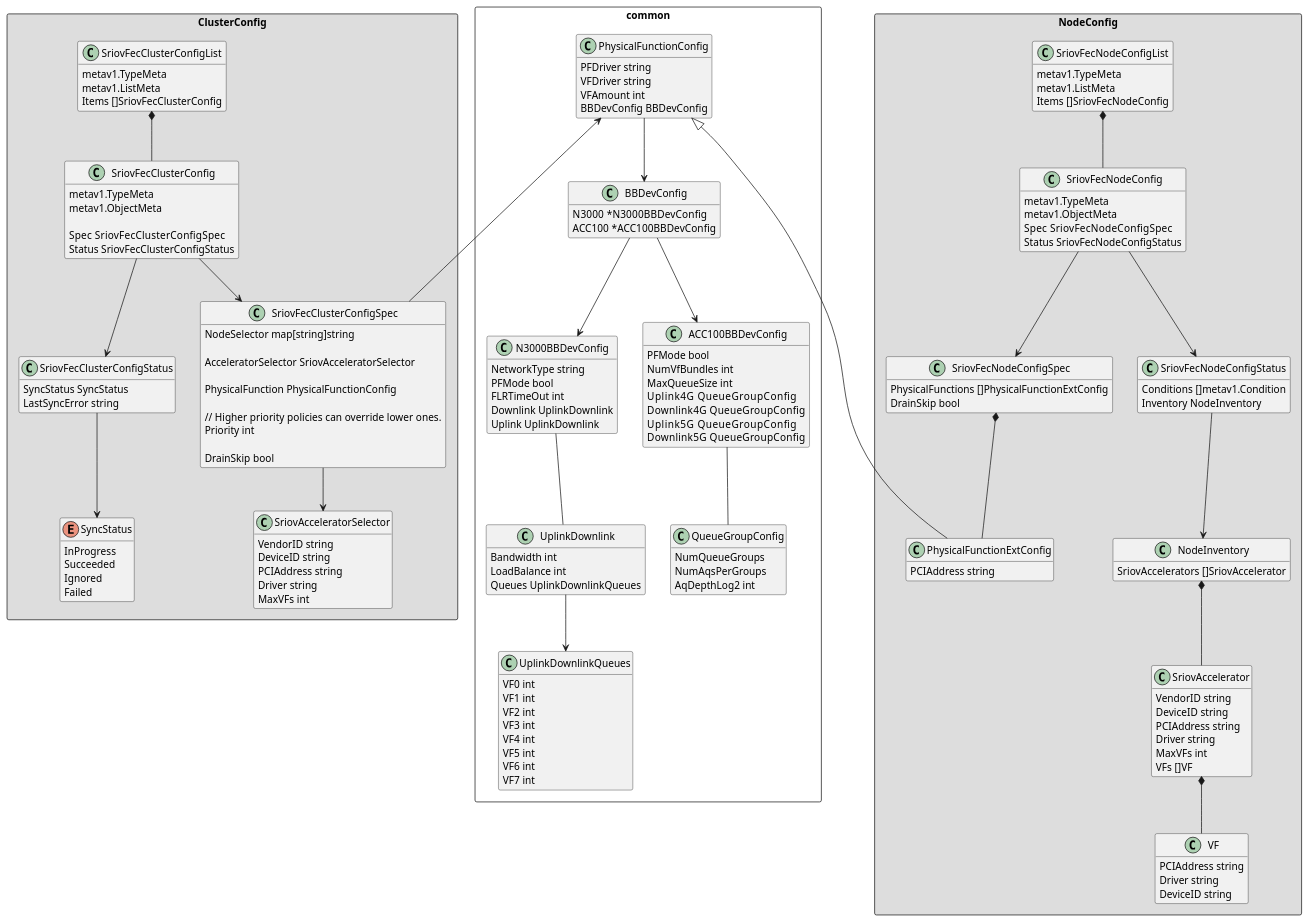
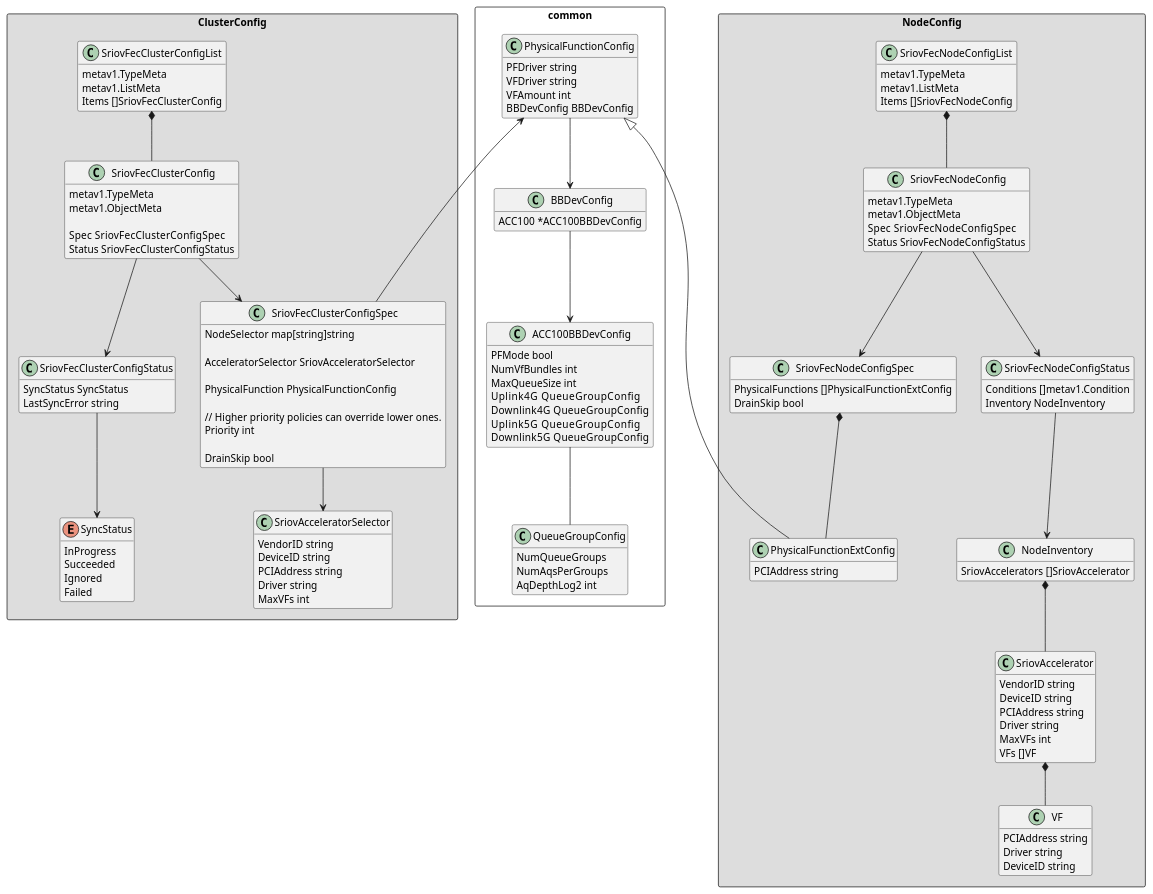
The diagram in spec/sriov-fec-selector-based-api.puml (intel/sriov-fec-operator), drawn with PlantUML before and after one commit. The commit also changed 8 other files, not shown here.

```diff
--- a/spec/sriov-fec-selector-based-api.puml
+++ b/spec/sriov-fec-selector-based-api.puml
@@ -4,184 +4,155 @@
 @startuml
 'https://plantuml.com/class-diagram
 
 hide empty methods
 
 package ClusterConfig <<rectangle>> #DDDDDD {
 
     class SriovFecClusterConfigList{
         metav1.TypeMeta
         metav1.ListMeta
         Items []SriovFecClusterConfig
     }
 
     class SriovFecClusterConfig{
         metav1.TypeMeta
         metav1.ObjectMeta
 
         Spec   SriovFecClusterConfigSpec
         Status SriovFecClusterConfigStatus
     }
 
     class SriovFecClusterConfigSpec {
         NodeSelector map[string]string
 
         AcceleratorSelector SriovAcceleratorSelector
 
         PhysicalFunction PhysicalFunctionConfig
 
         // Higher priority policies can override lower ones.
         Priority int
 
         DrainSkip bool
     }
 
     class SriovAcceleratorSelector {
         VendorID string
         DeviceID string
         PCIAddress string
         Driver string
         MaxVFs int
     }
 
     class SriovFecClusterConfigStatus {
         SyncStatus SyncStatus
         LastSyncError string
     }
 
     enum SyncStatus {
         InProgress
         Succeeded
         Ignored
         Failed
     }
 }
 
 package NodeConfig <<rectangle>> #DDDDDD {
 
     class SriovFecNodeConfigList {
         metav1.TypeMeta
         metav1.ListMeta
         Items []SriovFecNodeConfig
     }
 
     class SriovFecNodeConfig  {
         metav1.TypeMeta
         metav1.ObjectMeta
         Spec   SriovFecNodeConfigSpec
         Status SriovFecNodeConfigStatus
     }
 
     class SriovFecNodeConfigStatus {
         Conditions []metav1.Condition
         Inventory NodeInventory
     }
 
     class NodeInventory {
         SriovAccelerators []SriovAccelerator
     }
 
     class SriovAccelerator {
         VendorID string
         DeviceID string
         PCIAddress string
         Driver string
         MaxVFs int
         VFs []VF
     }
 
     class VF {
         PCIAddress string
         Driver string
         DeviceID string
     }
 
     class SriovFecNodeConfigSpec {
         PhysicalFunctions []PhysicalFunctionExtConfig
         DrainSkip bool
     }
 
     class PhysicalFunctionExtConfig {
         PCIAddress string
     }
 }
 
 package common <<rectangle>> {
     class PhysicalFunctionConfig {
         PFDriver string
         VFDriver string
         VFAmount int
         BBDevConfig BBDevConfig
     }
 
     class BBDevConfig {
-        N3000  *N3000BBDevConfig
         ACC100 *ACC100BBDevConfig
-    }
-
-    class N3000BBDevConfig {
-        NetworkType string
-        PFMode bool
-        FLRTimeOut int
-        Downlink UplinkDownlink
-        Uplink UplinkDownlink
-    }
-
-    class UplinkDownlinkQueues {
-        VF0 int
-        VF1 int
-        VF2 int
-        VF3 int
-        VF4 int
-        VF5 int
-        VF6 int
-        VF7 int
-    }
-
-    class UplinkDownlink {
-        Bandwidth int
-        LoadBalance int
-        Queues UplinkDownlinkQueues
     }
 
     class ACC100BBDevConfig {
         PFMode bool
         NumVfBundles int
         MaxQueueSize int
         Uplink4G     QueueGroupConfig
         Downlink4G   QueueGroupConfig
         Uplink5G     QueueGroupConfig
         Downlink5G   QueueGroupConfig
     }
 
     class QueueGroupConfig {
         NumQueueGroups
         NumAqsPerGroups
         AqDepthLog2 int
     }
 }
 
 
 
 PhysicalFunctionConfig --> BBDevConfig
-BBDevConfig --> N3000BBDevConfig
 BBDevConfig --> ACC100BBDevConfig
 ACC100BBDevConfig -- QueueGroupConfig
-N3000BBDevConfig -- UplinkDownlink
-UplinkDownlink --> UplinkDownlinkQueues
 PhysicalFunctionConfig <|---- PhysicalFunctionExtConfig
 PhysicalFunctionConfig <--- SriovFecClusterConfigSpec
 SriovFecClusterConfigSpec --> SriovAcceleratorSelector
 SriovFecClusterConfigList *-- SriovFecClusterConfig
 SriovFecClusterConfig --> SriovFecClusterConfigStatus
 SriovFecClusterConfig --> SriovFecClusterConfigSpec
 SriovFecClusterConfigStatus --> SyncStatus
 SriovAccelerator *-- VF
 SriovFecNodeConfigList *-- SriovFecNodeConfig
 SriovFecNodeConfig --> SriovFecNodeConfigStatus
 SriovFecNodeConfig --> SriovFecNodeConfigSpec
 SriovFecNodeConfigStatus --> NodeInventory
 NodeInventory *-- SriovAccelerator
 SriovFecNodeConfigSpec *-- PhysicalFunctionExtConfig
 
 
 @enduml
```
